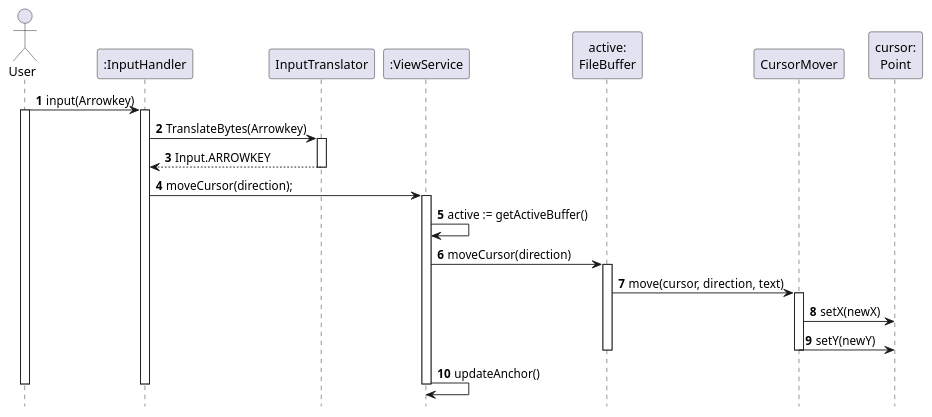
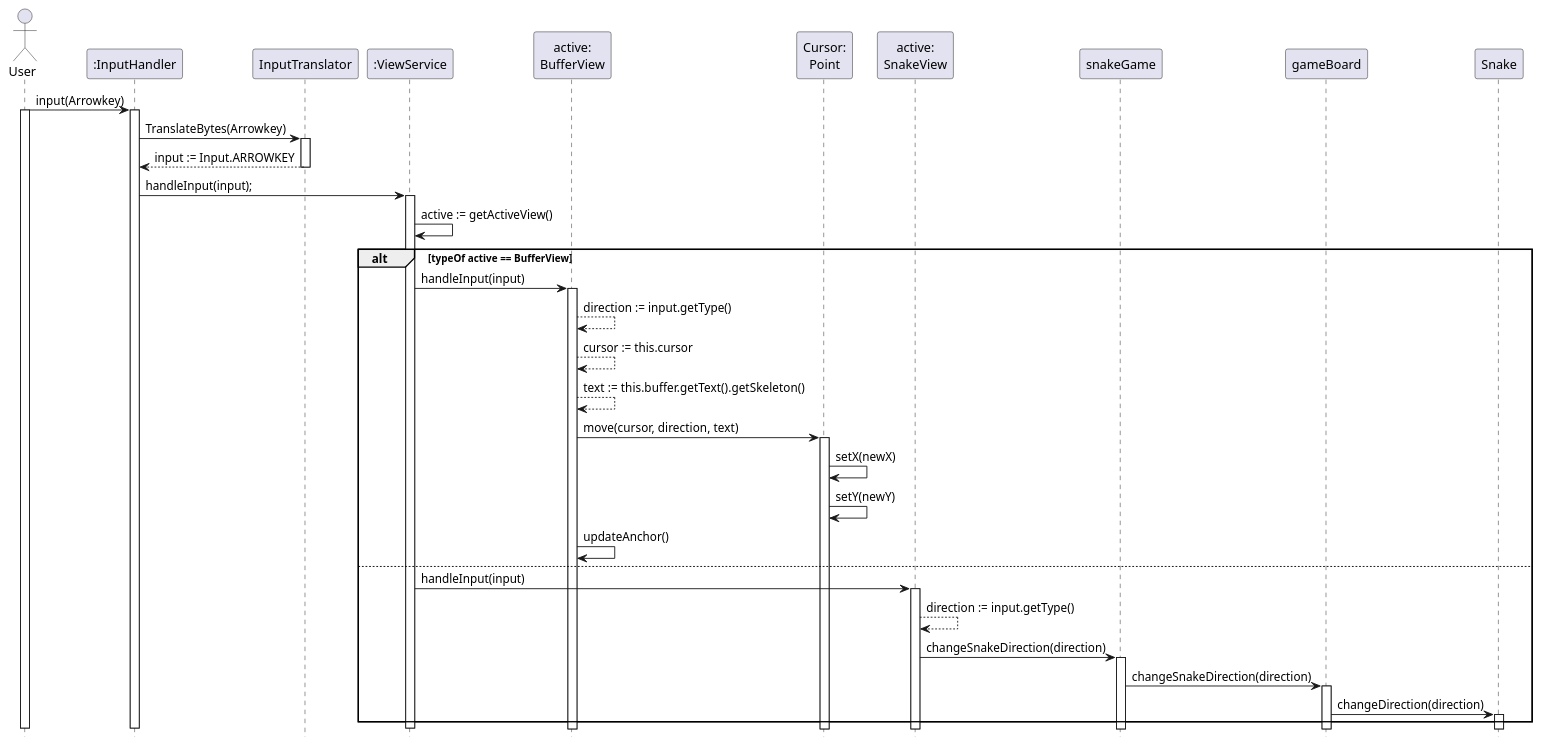
The diagram in resources/diagrams/use-case2seq.puml (lennertnijs/TextrSolo), drawn with PlantUML before and after one commit. The commit also changed 2 other files, not shown here.

Commit message:
diagrams

```diff
--- a/resources/diagrams/use-case2seq.puml
+++ b/resources/diagrams/use-case2seq.puml
@@ -1,38 +1,54 @@
 @startuml
 'https://plantuml.com/sequence-diagram
 hide footbox
 actor User as u
 participant ":InputHandler" as ih
 participant "InputTranslator" as it
 participant ":ViewService" as vs
-participant "active:\nFileBuffer" as fb
-participant "CursorMover" as cm
-participant "cursor:\nPoint" as p
-autonumber
+participant "active:\nBufferView" as bv
+participant "Cursor:\nPoint" as p
+participant "active:\nSnakeView" as sv
+participant "snakeGame" as sg
+participant "gameBoard" as bo
+participant "Snake" as sn
 u -> ih: input(Arrowkey)
 activate u
 activate ih
 ih -> it: TranslateBytes(Arrowkey)
 activate it
-it --> ih: Input.ARROWKEY
+it --> ih: input := Input.ARROWKEY
 deactivate it
-ih -> vs: moveCursor(direction);
+ih -> vs: handleInput(input);
 activate vs
 
-vs -> vs: active := getActiveBuffer()
-vs -> fb: moveCursor(direction)
-activate fb
-fb -> cm: move(cursor, direction, text)
-activate cm
+vs -> vs: active := getActiveView()
+alt typeOf active == BufferView
+    vs -> bv: handleInput(input)
+    activate bv
+    bv --> bv: direction := input.getType()
+    bv --> bv: cursor := this.cursor
+    bv --> bv: text := this.buffer.getText().getSkeleton()
+    bv -> p: move(cursor, direction, text)
+    activate p
+    p -> p: setX(newX)
+    p -> p: setY(newY)
+    bv -> bv: updateAnchor()
 
-cm -> p: setX(newX)
-cm -> p: setY(newY)
-deactivate cm
-deactivate fb
 
-vs -> vs: updateAnchor()
+else
+    vs -> sv: handleInput(input)
+    activate sv
+    sv --> sv: direction := input.getType()
+    sv -> sg: changeSnakeDirection(direction)
+    activate sg
+    sg-> bo: changeSnakeDirection(direction)
+    activate bo
+    bo-> sn: changeDirection(direction)
+    activate sn
+
+end
 deactivate vs
 deactivate ih
 deactivate u
 
 @enduml
```
